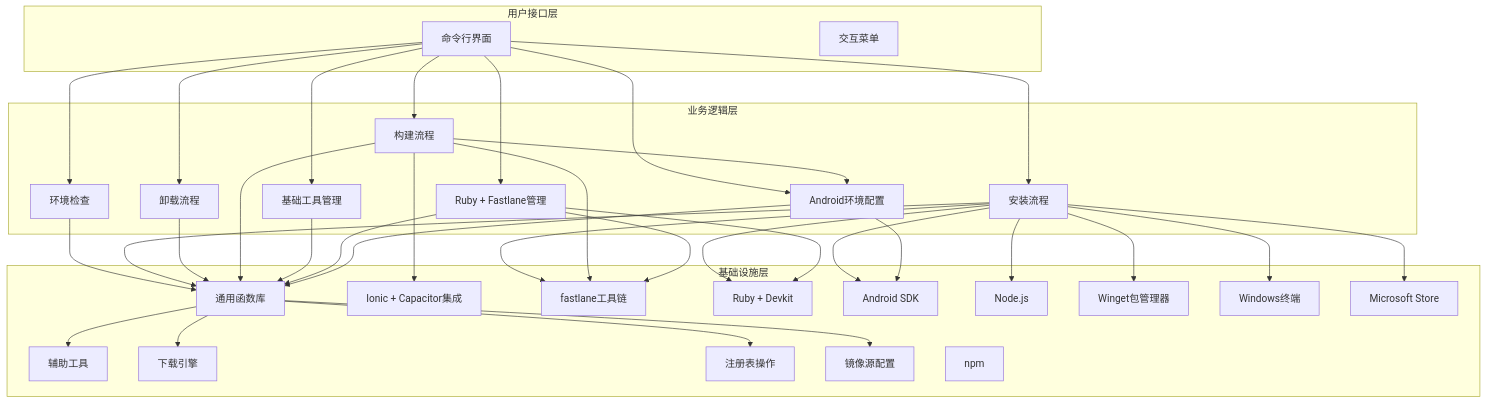
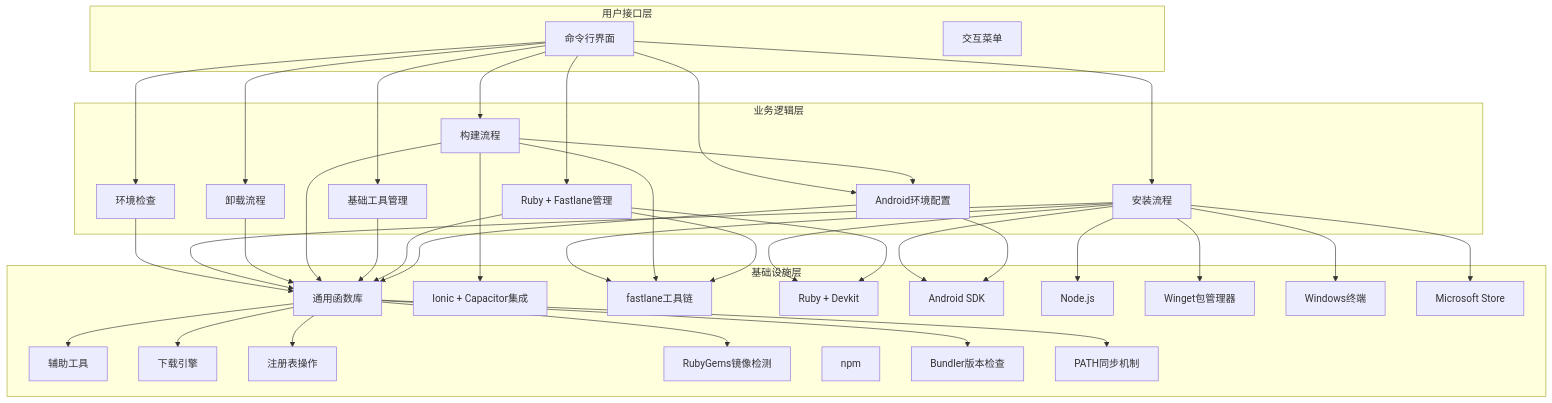
The second of 8 diagrams in .qoder/repowiki/zh/content/构建与部署/Windows PowerShell自动化.md (dingxyang/Macro-Deck-Client-App), drawn with Mermaid before and after one commit. The commit also changed other lines of this file and 32 other files, not shown here.

````diff
--- a/.qoder/repowiki/zh/content/构建与部署/Windows PowerShell自动化.md
+++ b/.qoder/repowiki/zh/content/构建与部署/Windows PowerShell自动化.md
@@ -276,63 +346,67 @@
 ```mermaid
 graph TB
 subgraph "用户接口层"
 CLI[命令行界面]
 Menu[交互菜单]
 end
 subgraph "业务逻辑层"
 EnvCheck[环境检查]
 Install[安装流程]
 Uninstall[卸载流程]
 Build[构建流程]
 BaseTools[基础工具管理]
 RubyFastlane[Ruby + Fastlane管理]
 AndroidSetup[Android环境配置]
 end
 subgraph "基础设施层"
 Common[通用函数库]
 Helpers[辅助工具]
 Download[下载引擎]
 Registry[注册表操作]
-Mirror[镜像源配置]
+Mirror[RubyGems镜像检测]
 IonicCapacitor[Ionic + Capacitor集成]
 Fastlane[fastlane工具链]
 Ruby[Ruby + Devkit]
 AndroidSDK[Android SDK]
 NodeJS[Node.js]
 NPM[npm]
 Winget[Winget包管理器]
 WindowsTerminal[Windows终端]
 MicrosoftStore[Microsoft Store]
+Bundler[Bundler版本检查]
+PATH[PATH同步机制]
 end
 CLI --> EnvCheck
 CLI --> Install
 CLI --> Uninstall
 CLI --> Build
 CLI --> BaseTools
 CLI --> RubyFastlane
 CLI --> AndroidSetup
 EnvCheck --> Common
 Install --> Common
 Uninstall --> Common
 Build --> Common
 BaseTools --> Common
 RubyFastlane --> Common
 AndroidSetup --> Common
 Common --> Helpers
 Common --> Download
 Common --> Registry
 Common --> Mirror
+Common --> Bundler
+Common --> PATH
 Install --> Ruby
 Install --> Fastlane
 Install --> AndroidSDK
 Install --> NodeJS
 Install --> Winget
 Install --> WindowsTerminal
 Install --> MicrosoftStore
 Build --> IonicCapacitor
 Build --> Fastlane
 Build --> AndroidSetup
 RubyFastlane --> Ruby
 RubyFastlane --> Fastlane
 AndroidSetup --> AndroidSDK
 ```
````
